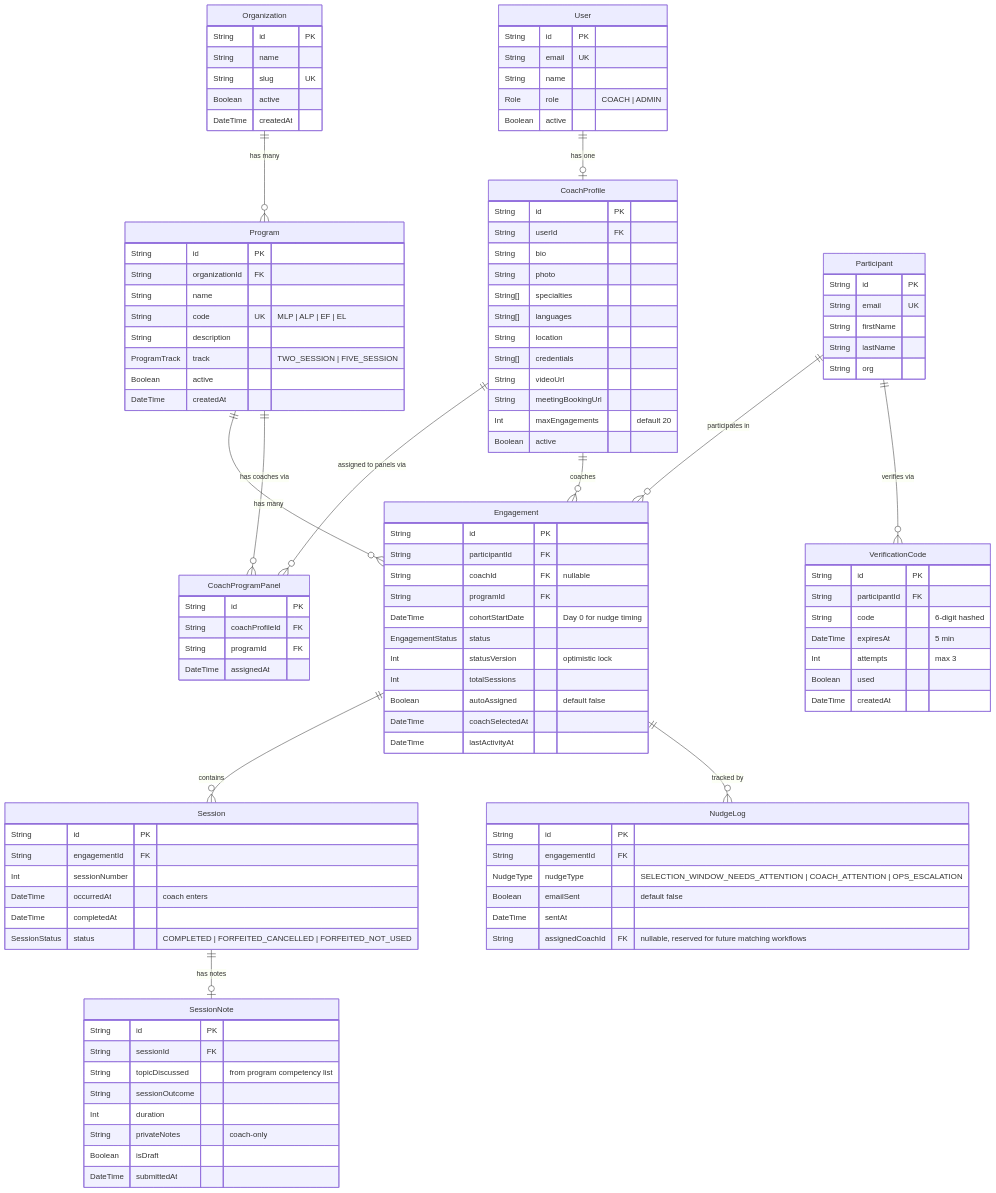
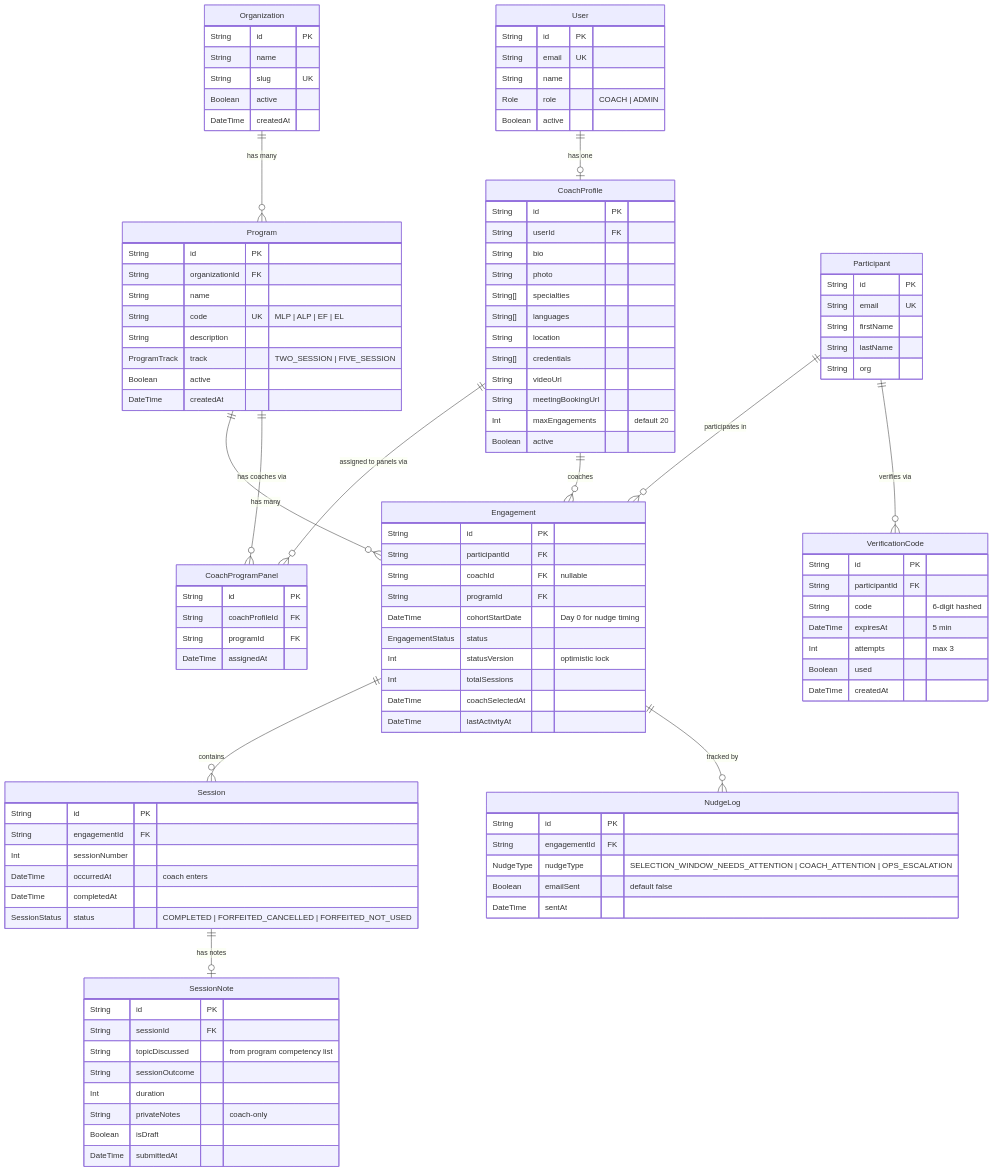
Before and after one commit to ridegoodwaves/franklin-covey: the diagram in docs/plans/2026-02-12-feat-mvp-backend-vertical-slices-plan.md, drawn with Mermaid. The commit also changed other lines of this file and 4 other files, not shown here.

```diff
--- a/docs/plans/2026-02-12-feat-mvp-backend-vertical-slices-plan.md
+++ b/docs/plans/2026-02-12-feat-mvp-backend-vertical-slices-plan.md
@@ -178,7 +178,6 @@
         EngagementStatus status
         Int statusVersion "optimistic lock"
         Int totalSessions
-        Boolean autoAssigned "default false"
         DateTime coachSelectedAt
         DateTime lastActivityAt
     }
@@ -209,7 +208,6 @@
         NudgeType nudgeType "SELECTION_WINDOW_NEEDS_ATTENTION | COACH_ATTENTION | OPS_ESCALATION"
         Boolean emailSent "default false"
         DateTime sentAt
-        String assignedCoachId FK "nullable, reserved for future matching workflows"
     }
 
     Organization ||--o{ Program : "has many"
```
